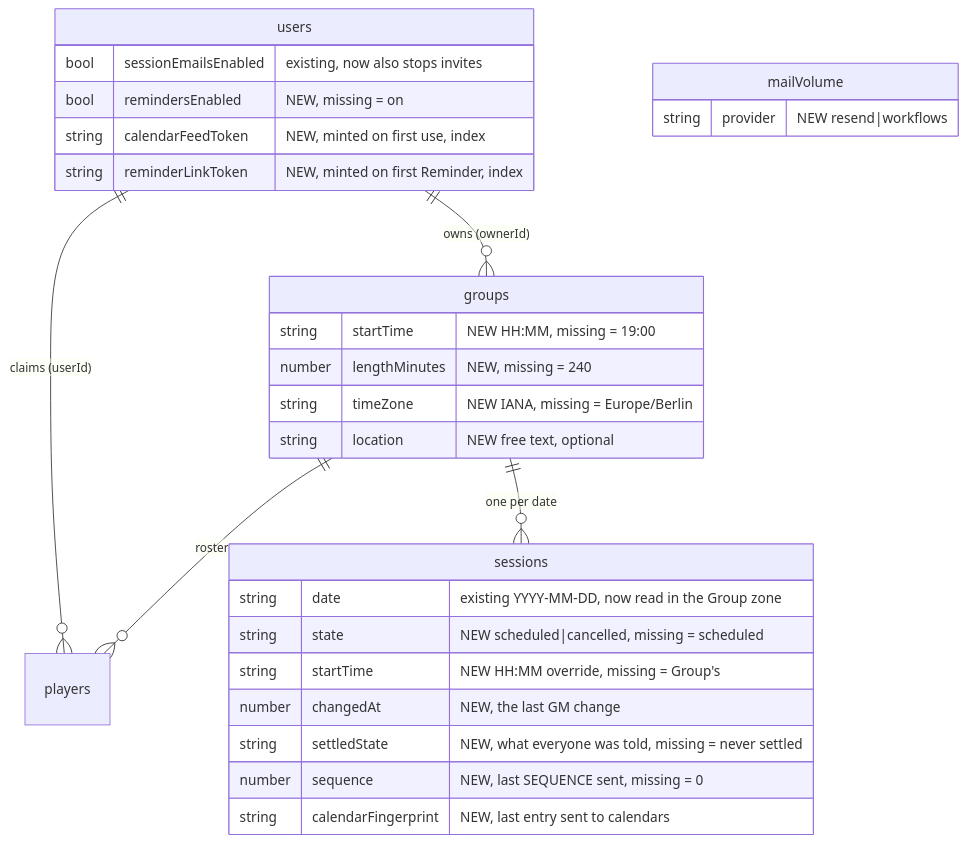
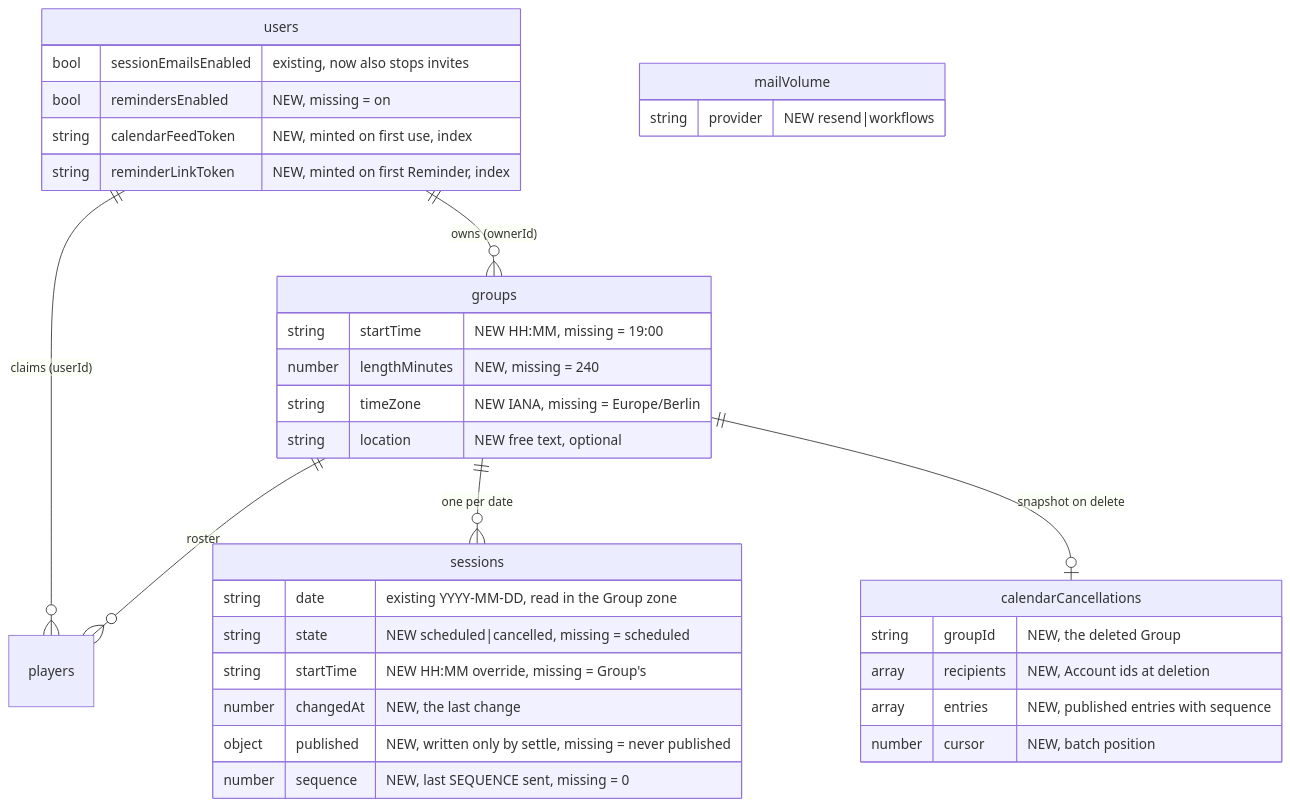
The second of 7 diagrams in docs/architecture/calendar-sync.md (Silthus/next-session), drawn with Mermaid before and after one commit. The commit also changed other lines of this file, not shown here.

First line of the commit message:
Rework calendar sync around a published Session snapshot (#126)

````diff
--- a/docs/architecture/calendar-sync.md
+++ b/docs/architecture/calendar-sync.md
@@ -105,32 +105,38 @@
 ```mermaid
 erDiagram
   users ||--o{ groups : "owns (ownerId)"
   users ||--o{ players : "claims (userId)"
   groups ||--o{ players : roster
   groups ||--o{ sessions : "one per date"
+  groups ||--o| calendarCancellations : "snapshot on delete"
 
   users {
     bool sessionEmailsEnabled "existing, now also stops invites"
     bool remindersEnabled "NEW, missing = on"
     string calendarFeedToken "NEW, minted on first use, index"
     string reminderLinkToken "NEW, minted on first Reminder, index"
   }
   groups {
     string startTime "NEW HH:MM, missing = 19:00"
     number lengthMinutes "NEW, missing = 240"
     string timeZone "NEW IANA, missing = Europe/Berlin"
     string location "NEW free text, optional"
   }
   sessions {
-    string date "existing YYYY-MM-DD, now read in the Group zone"
+    string date "existing YYYY-MM-DD, read in the Group zone"
     string state "NEW scheduled|cancelled, missing = scheduled"
     string startTime "NEW HH:MM override, missing = Group's"
-    number changedAt "NEW, the last GM change"
-    string settledState "NEW, what everyone was told, missing = never settled"
+    number changedAt "NEW, the last change"
+    object published "NEW, written only by settle, missing = never published"
     number sequence "NEW, last SEQUENCE sent, missing = 0"
-    string calendarFingerprint "NEW, last entry sent to calendars"
+  }
+  calendarCancellations {
+    string groupId "NEW, the deleted Group"
+    array recipients "NEW, Account ids at deletion"
+    array entries "NEW, published entries with sequence"
+    number cursor "NEW, batch position"
   }
   mailVolume {
     string provider "NEW resend|workflows"
   }
 ```
````
